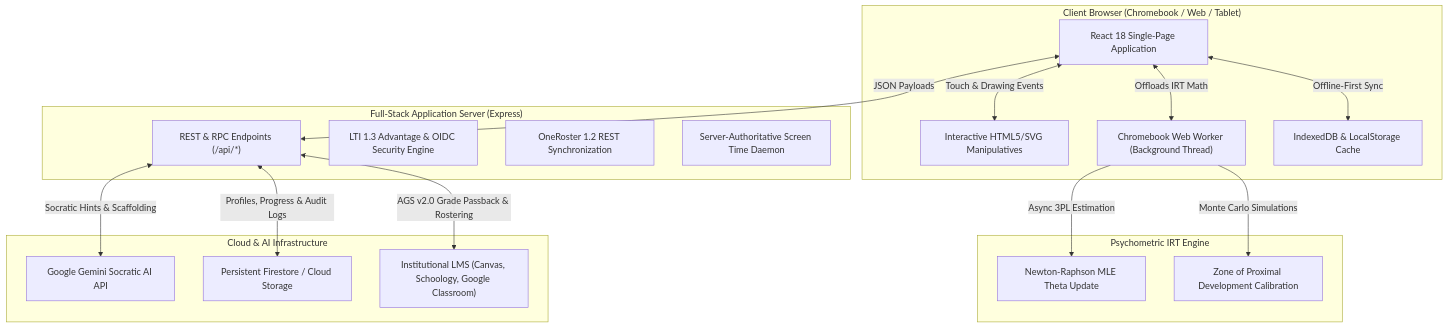
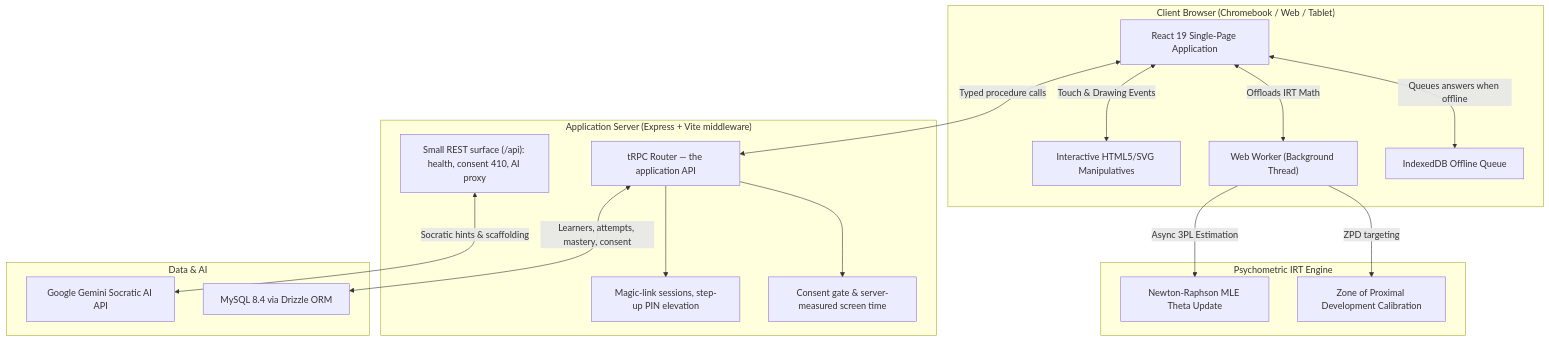
Before and after one commit to SifisoScS/AcuityMath: the first of 3 diagrams in README.md, drawn with Mermaid. The commit also changed other lines of this file, not shown here.

````diff
--- a/README.md
+++ b/README.md
@@ -34,36 +33,36 @@
 ```mermaid
 flowchart TB
     subgraph Client ["Client Browser (Chromebook / Web / Tablet)"]
-        UI["React 18 Single-Page Application"]
+        UI["React 19 Single-Page Application"]
         Canvas["Interactive HTML5/SVG Manipulatives"]
-        Worker["Chromebook Web Worker (Background Thread)"]
-        LocalCache["IndexedDB & LocalStorage Cache"]
+        Worker["Web Worker (Background Thread)"]
+        LocalCache["IndexedDB Offline Queue"]
     end
 
     subgraph Psychometrics ["Psychometric IRT Engine"]
         Worker -->|Async 3PL Estimation| IRTMath["Newton-Raphson MLE Theta Update"]
-        Worker -->|Monte Carlo Simulations| ZPD["Zone of Proximal Development Calibration"]
+        Worker -->|ZPD targeting| ZPD["Zone of Proximal Development Calibration"]
     end
 
-    subgraph Server ["Full-Stack Application Server (Express)"]
-        API["REST & RPC Endpoints (/api/*)"]
-        LTIHandler["LTI 1.3 Advantage & OIDC Security Engine"]
-        OneRosterSync["OneRoster 1.2 REST Synchronization"]
-        Heartbeat["Server-Authoritative Screen Time Daemon"]
+    subgraph Server ["Application Server (Express + Vite middleware)"]
+        TRPC["tRPC Router — the application API"]
+        Auth["Magic-link sessions, step-up PIN elevation"]
+        Gate["Consent gate & server-measured screen time"]
+        REST["Small REST surface (/api): health, consent 410, AI proxy"]
     end
 
-    subgraph CloudServices ["Cloud & AI Infrastructure"]
+    subgraph Data ["Data & AI"]
         Gemini["Google Gemini Socratic AI API"]
-        Database["Persistent Firestore / Cloud Storage"]
-        LMS["Institutional LMS (Canvas, Schoology, Google Classroom)"]
+        MySQL["MySQL 8.4 via Drizzle ORM"]
     end
 
     UI <-->|Offloads IRT Math| Worker
     UI <-->|Touch & Drawing Events| Canvas
-    UI <-->|Offline-First Sync| LocalCache
-    UI <-->|JSON Payloads| API
+    UI <-->|Queues answers when offline| LocalCache
+    UI <-->|Typed procedure calls| TRPC
 
-    API <-->|Socratic Hints & Scaffolding| Gemini
-    API <-->|Profiles, Progress & Audit Logs| Database
-    API <-->|AGS v2.0 Grade Passback & Rostering| LMS
+    TRPC --> Auth
+    TRPC --> Gate
+    TRPC <-->|Learners, attempts, mastery, consent| MySQL
+    REST <-->|Socratic hints & scaffolding| Gemini
 ```
````
